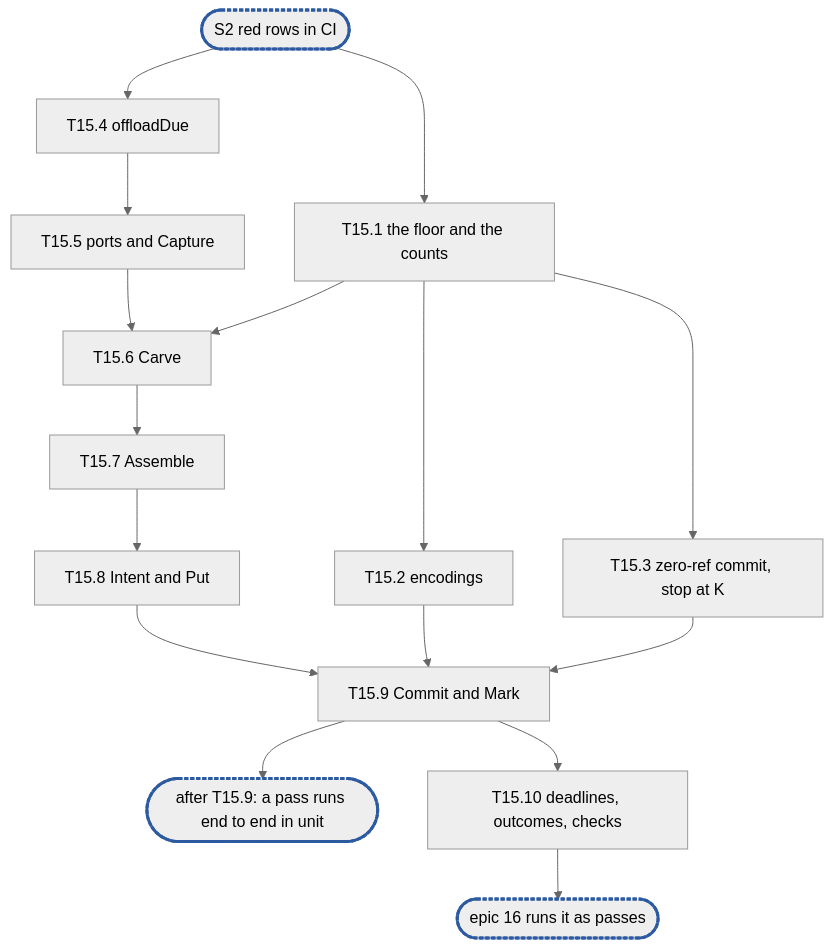
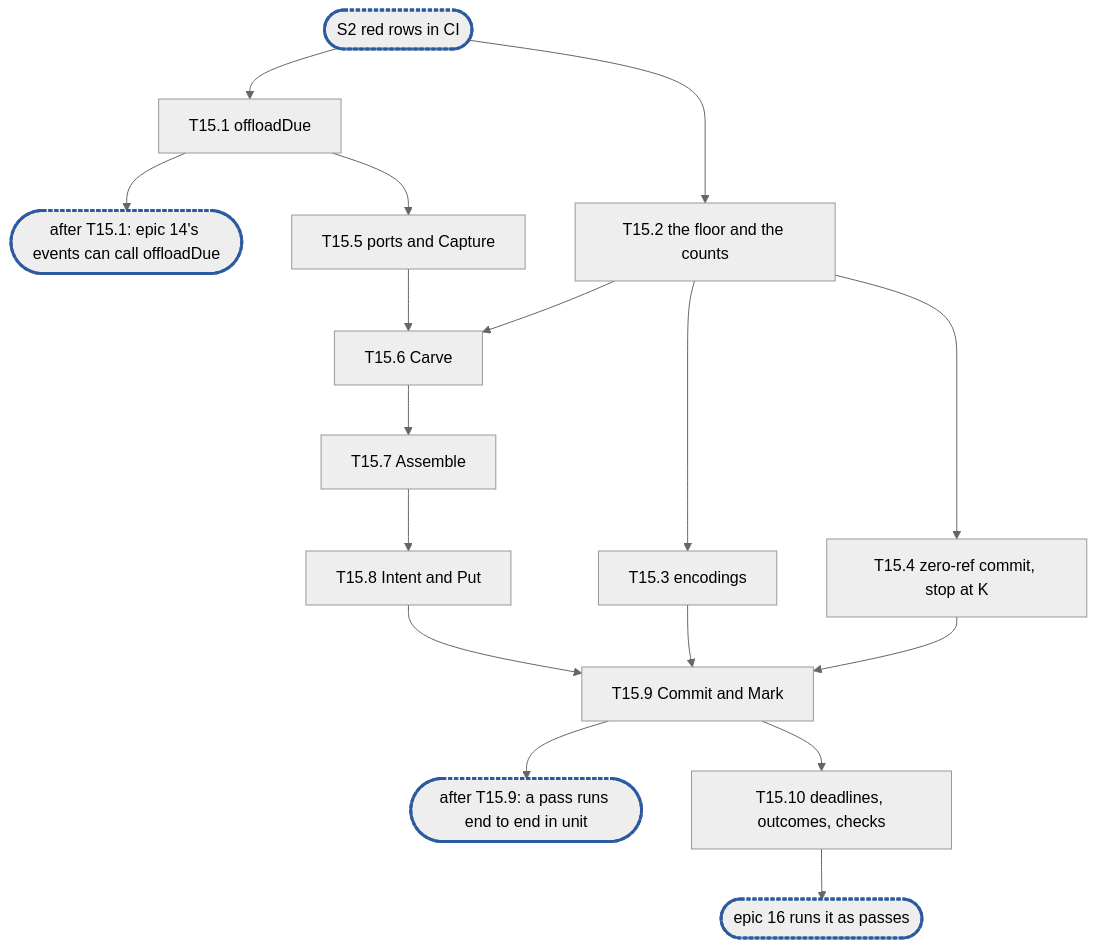
One commit to cubbit/dittofs changed the diagram in .planning/rfc-8-offload-engine-epic15.md. Above: the diagram before and after it, drawn with Mermaid (neutral theme). The commit also changed other lines of this file, not shown here.

Commit message:
docs(planning): epic 15 delivers offloadDue first, with the staged count epic 14 needs (wip)

````diff
--- a/.planning/rfc-8-offload-engine-epic15.md
+++ b/.planning/rfc-8-offload-engine-epic15.md
@@ -768,19 +788,20 @@
 ```mermaid
 flowchart TD
-  S2(["S2 red rows in CI"]):::sync --> T15_1["T15.1 the floor and the counts"]
-  T15_1 --> T15_2["T15.2 encodings"]
-  T15_1 --> T15_3["T15.3 zero-ref commit, stop at K"]
-  S2 --> T15_4["T15.4 offloadDue"]
-  T15_4 --> T15_5["T15.5 ports and Capture"]
+  S2(["S2 red rows in CI"]):::sync --> T15_1["T15.1 offloadDue"]
+  T15_1 --> C0(["after T15.1: epic 14's events can call offloadDue"]):::sync
+  S2 --> T15_2["T15.2 the floor and the counts"]
+  T15_2 --> T15_3["T15.3 encodings"]
+  T15_2 --> T15_4["T15.4 zero-ref commit, stop at K"]
+  T15_1 --> T15_5["T15.5 ports and Capture"]
   T15_5 --> T15_6["T15.6 Carve"]
-  T15_1 --> T15_6
+  T15_2 --> T15_6
   T15_6 --> T15_7["T15.7 Assemble"]
   T15_7 --> T15_8["T15.8 Intent and Put"]
   T15_8 --> T15_9["T15.9 Commit and Mark"]
-  T15_2 --> T15_9
   T15_3 --> T15_9
+  T15_4 --> T15_9
   T15_9 --> C1(["after T15.9: a pass runs end to end in unit"]):::sync
   T15_9 --> T15_10["T15.10 deadlines, outcomes, checks"]
   T15_10 --> Next(["epic 16 runs it as passes"]):::sync
   classDef sync stroke:#2c5aa0,stroke-width:3px,stroke-dasharray:4 2
 ```
````
